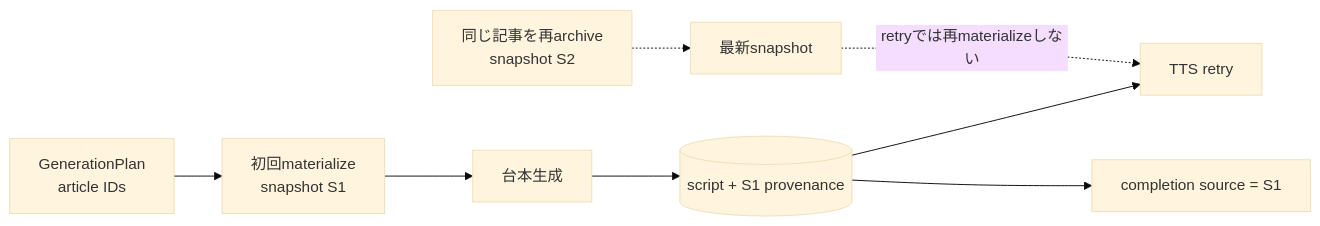
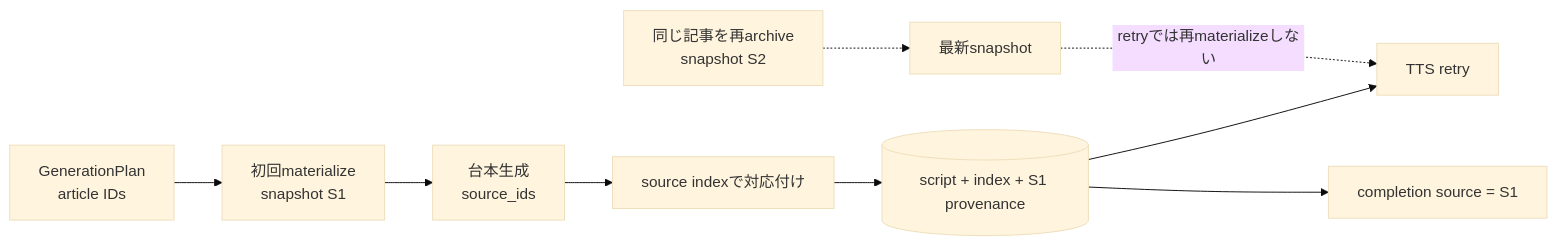
Before and after one commit to r4ai/news-podcast: the diagram in docs/adr/0067-bind-script-checkpoints-to-source-snapshots.md, drawn with Mermaid (base theme). The commit also changed other lines of this file and 14 other files, not shown here.

Commit message:
fix(provenance): preserve generated source identity

````diff
--- a/docs/adr/0067-bind-script-checkpoints-to-source-snapshots.md
+++ b/docs/adr/0067-bind-script-checkpoints-to-source-snapshots.md
@@ -20,10 +20,11 @@
 ```mermaid
 flowchart LR
   Plan["GenerationPlan<br/>article IDs"] --> Materialize["初回materialize<br/>snapshot S1"]
-  Materialize --> Generate["台本生成"]
-  Generate --> Checkpoint[("script + S1 provenance")]
+  Materialize --> Generate["台本生成<br/>source_ids"]
+  Generate --> Bind["source indexで対応付け"]
+  Bind --> Checkpoint[("script + index + S1 provenance")]
   Checkpoint --> TTS["TTS retry"]
   Rearc["同じ記事を再archive<br/>snapshot S2"] -.-> Latest["最新snapshot"]
   Checkpoint --> Completion["completion source = S1"]
   Latest -. "retryでは再materializeしない" .-> TTS
 ```
````
